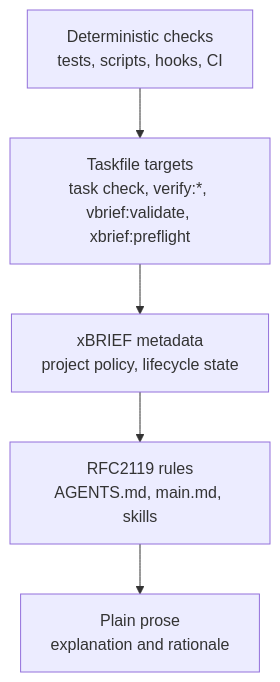
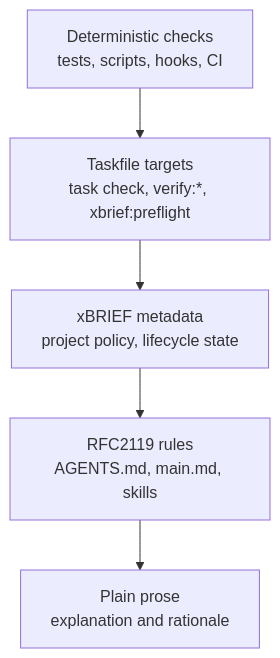
Before and after one commit to dbcall2/directive: the second of 7 diagrams in docs/ARCHITECTURE.md, drawn with Mermaid. The commit also changed other lines of this file and 4 other files, not shown here.

First line of the commit message:
docs(architecture): reconcile ARCHITECTURE and CONCEPTS for the current TypeScript runtime

````diff
--- a/docs/ARCHITECTURE.md
+++ b/docs/ARCHITECTURE.md
@@ -57,7 +61,7 @@
 ```mermaid
 flowchart TD
-    D["Deterministic checks<br/>tests, scripts, hooks, CI"] --> T["Taskfile targets<br/>task check, verify:*, vbrief:validate, xbrief:preflight"]
+    D["Deterministic checks<br/>tests, scripts, hooks, CI"] --> T["Taskfile targets<br/>task check, verify:*, xbrief:preflight"]
     T --> V["xBRIEF metadata<br/>project policy, lifecycle state"]
     V --> R["RFC2119 rules<br/>AGENTS.md, main.md, skills"]
     R --> P["Plain prose<br/>explanation and rationale"]
 ```
````
